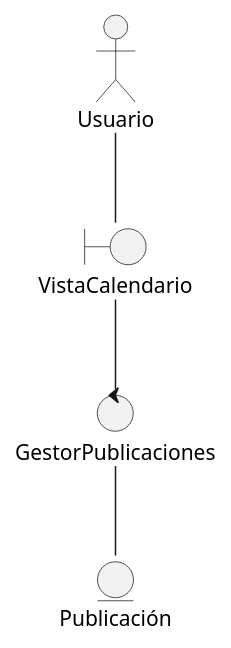
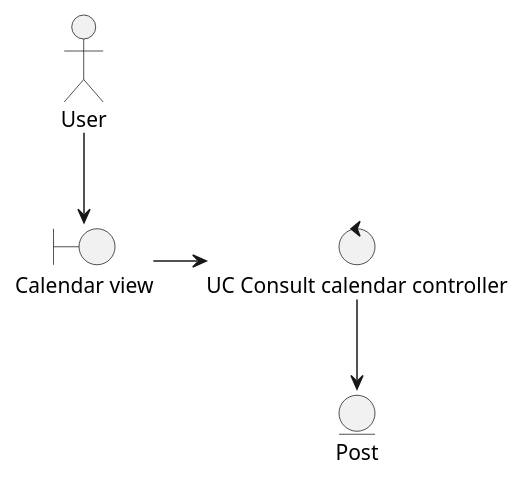
Before and after one commit to Dayannis-07/ING_SOFT: the diagram in docs/scenariosView/analysisClassDiagram/useCase-ConsultarCalendario.plantuml, drawn with PlantUML. The commit also changed 24 other files, not shown here.

Commit message:
corrections collaboration & analysisClassDiagram

```diff
--- a/docs/scenariosView/analysisClassDiagram/useCase-ConsultarCalendario.plantuml
+++ b/docs/scenariosView/analysisClassDiagram/useCase-ConsultarCalendario.plantuml
@@ -1,12 +1,10 @@
 @startuml Consultar Calendario
-actor Usuario
+actor User as User
 
-boundary "VistaCalendario" as V
-control "GestorPublicaciones" as C
-entity "Publicación" as E
-
-Usuario -- V
-V -- C
-C -- E
-
+boundary "Calendar view" as view
+control "UC Consult calendar controller" as controller
+entity Post as P
+User --> view
+view-r->controller 
+controller-->P 
 @enduml
```
